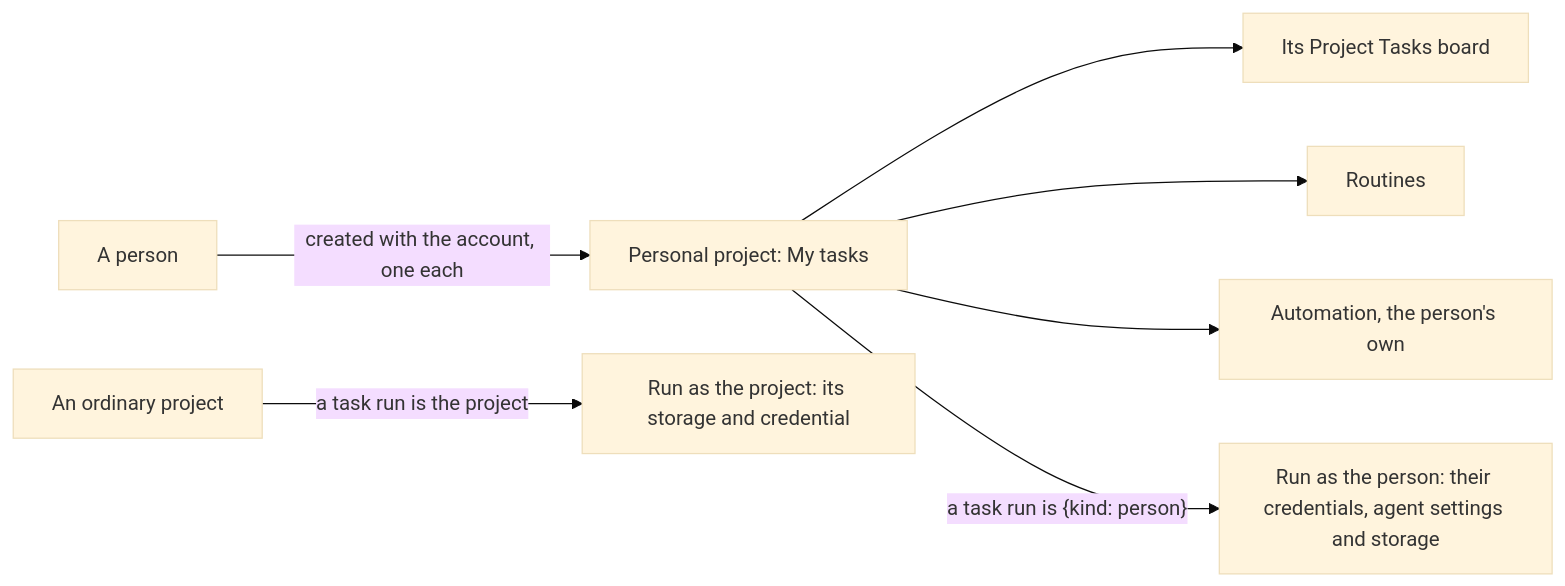
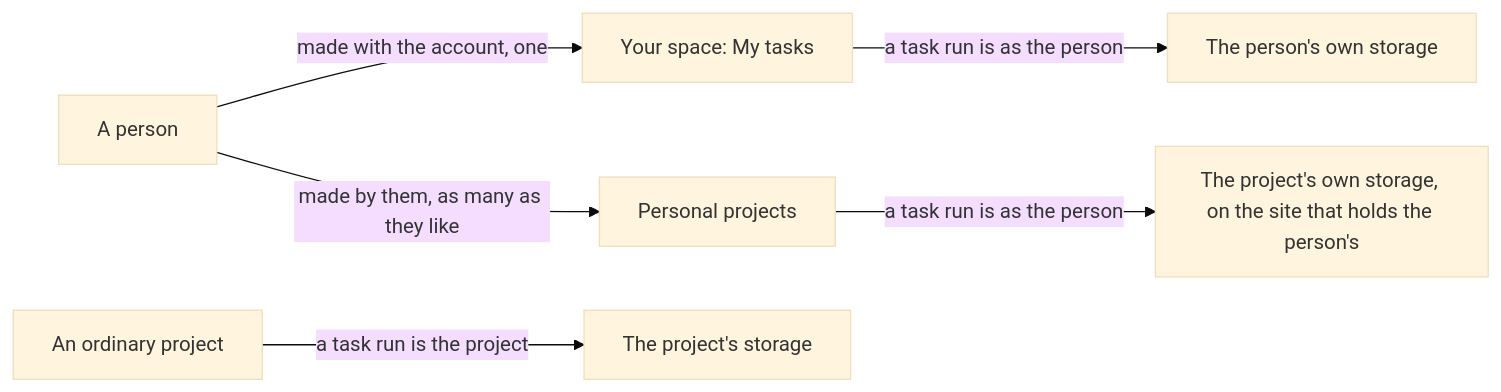
The diagram in docs/concepts/projects/personal-projects.md (solution84-com/agenthix), drawn with Mermaid (base theme) before and after one commit. The commit also changed other lines of this file and 252 other files, not shown here.

Commit message:
feat(hq,host): the provider store and the Providers page, the organisation's admin area at /admin, and several personal projects per person, run strictly as their person

````diff
--- a/docs/concepts/projects/personal-projects.md
+++ b/docs/concepts/projects/personal-projects.md
@@ -3,9 +3,8 @@
 ```mermaid
 flowchart LR
-    U["A person"] -->|"created with the account, one each"| PP["Personal project: My tasks"]
-    PP --> B["Its Project Tasks board"]
-    PP --> R["Routines"]
-    PP --> AU["Automation, the person's own"]
-    PP -->|"a task run is {kind: person}"| RUN["Run as the person: their credentials, agent settings and storage"]
-    OP["An ordinary project"] -->|"a task run is the project"| RUN2["Run as the project: its storage and credential"]
+    U["A person"] -->|"made with the account, one"| SP["Your space: My tasks"]
+    U -->|"made by them, as many as they like"| PP["Personal projects"]
+    SP -->|"a task run is as the person"| OWN["The person's own storage"]
+    PP -->|"a task run is as the person"| ST["The project's own storage, on the site that holds the person's"]
+    OP["An ordinary project"] -->|"a task run is the project"| ST2["The project's storage"]
 ```
````
